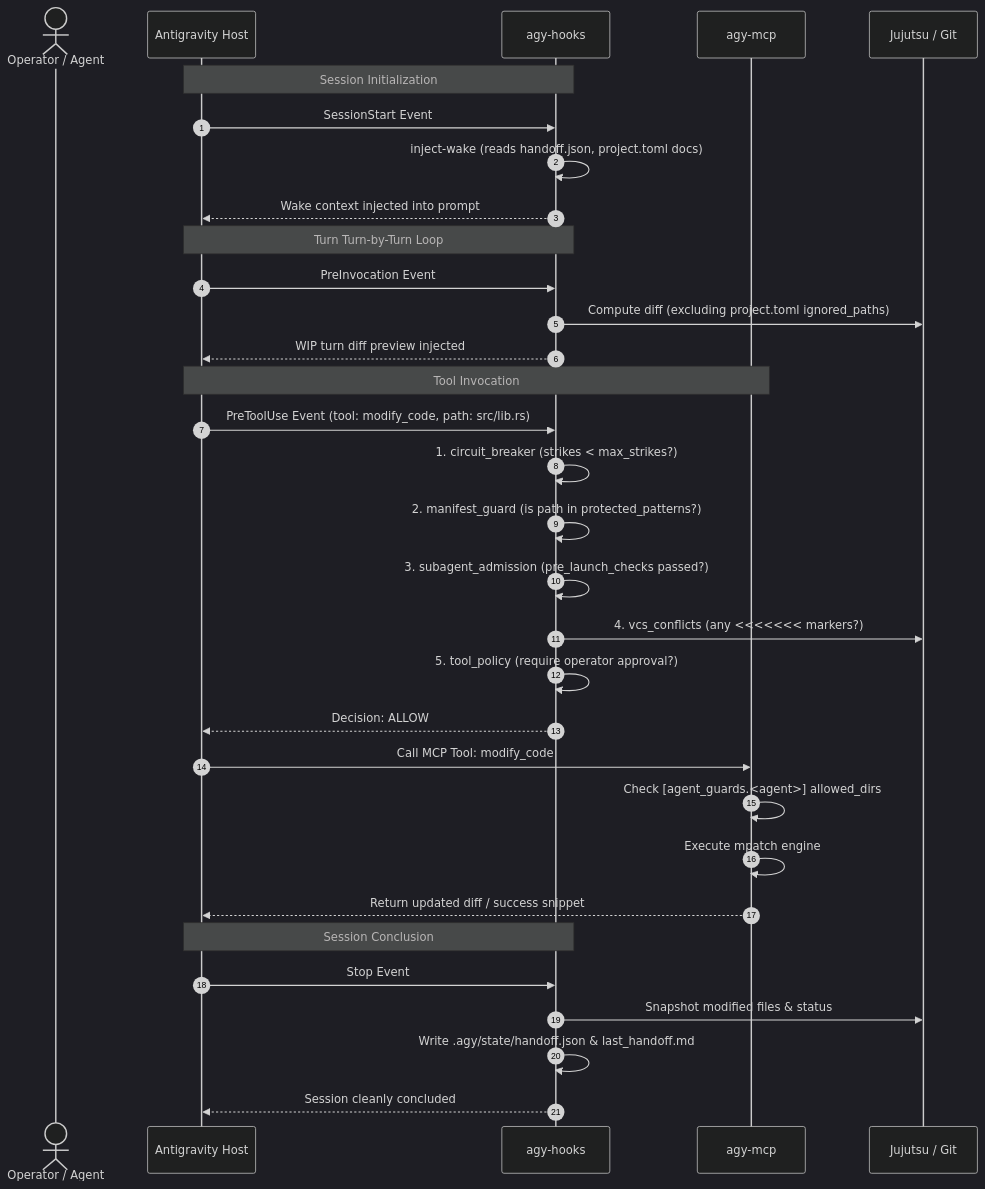
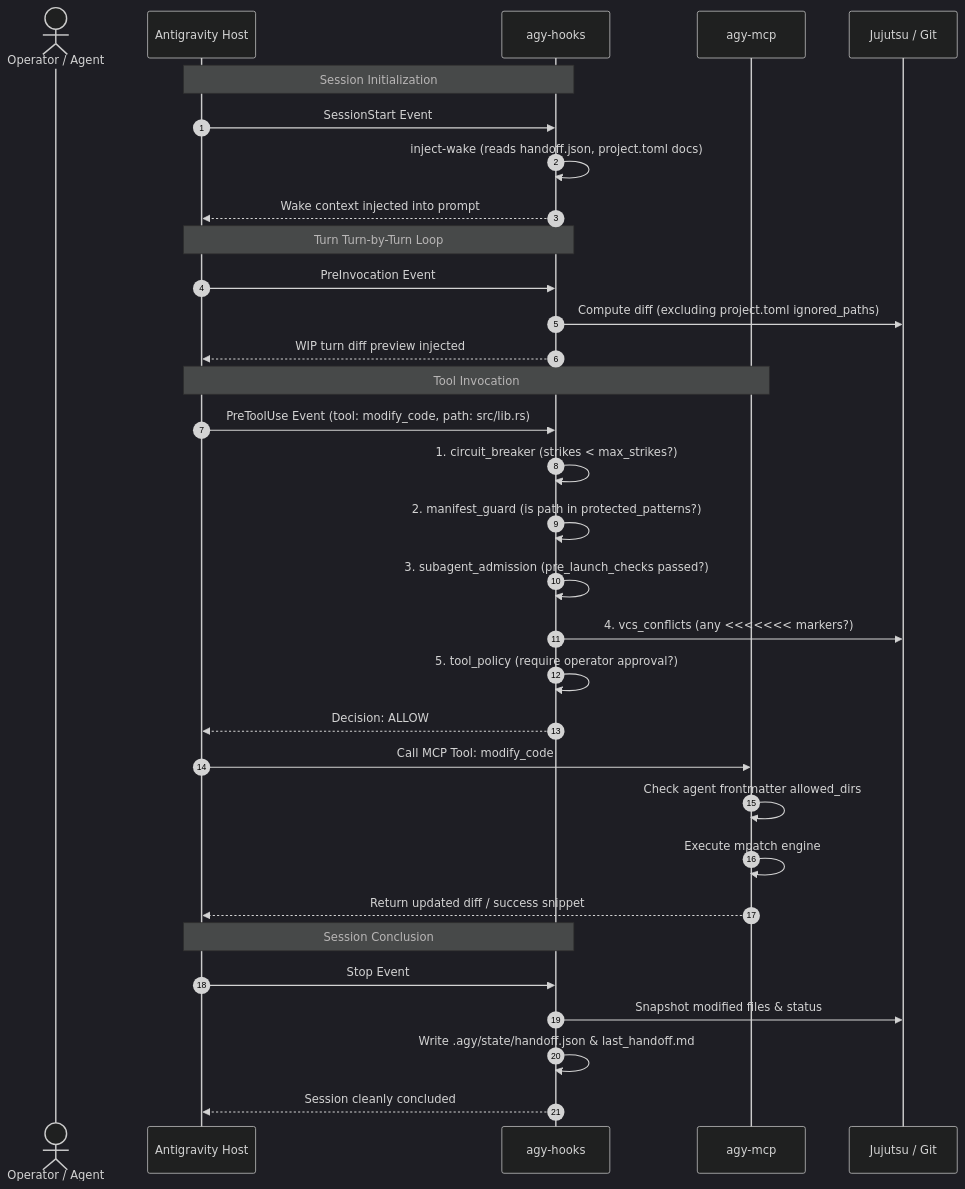
Before and after one commit to JeronimoCapelle/TorqKage: the diagram in plugins/agy-suite/README.md, drawn with Mermaid (dark theme). The commit also changed other lines of this file and 20 other files, not shown here.

Commit message:
refactor: purge hardcoded agent names and remove deprecated [agent_guards]

````diff
--- a/plugins/agy-suite/README.md
+++ b/plugins/agy-suite/README.md
@@ -287,39 +300,39 @@
 ```mermaid
 sequenceDiagram
     autonumber
     actor Dev as Operator / Agent
     participant Host as Antigravity Host
     participant Hooks as agy-hooks
     participant MCP as agy-mcp
     participant VCS as Jujutsu / Git
 
     Note over Host,Hooks: Session Initialization
     Host->>Hooks: SessionStart Event
     Hooks->>Hooks: inject-wake (reads handoff.json, project.toml docs)
     Hooks-->>Host: Wake context injected into prompt
 
     Note over Host,Hooks: Turn Turn-by-Turn Loop
     Host->>Hooks: PreInvocation Event
     Hooks->>VCS: Compute diff (excluding project.toml ignored_paths)
     Hooks-->>Host: WIP turn diff preview injected
 
     Note over Host,MCP: Tool Invocation
     Host->>Hooks: PreToolUse Event (tool: modify_code, path: src/lib.rs)
     Hooks->>Hooks: 1. circuit_breaker (strikes < max_strikes?)
     Hooks->>Hooks: 2. manifest_guard (is path in protected_patterns?)
     Hooks->>Hooks: 3. subagent_admission (pre_launch_checks passed?)
     Hooks->>VCS: 4. vcs_conflicts (any <<<<<<< markers?)
     Hooks->>Hooks: 5. tool_policy (require operator approval?)
     Hooks-->>Host: Decision: ALLOW
 
     Host->>MCP: Call MCP Tool: modify_code
-    MCP->>MCP: Check [agent_guards.<agent>] allowed_dirs
+    MCP->>MCP: Check agent frontmatter allowed_dirs
     MCP->>MCP: Execute mpatch engine
     MCP-->>Host: Return updated diff / success snippet
 
     Note over Host,Hooks: Session Conclusion
     Host->>Hooks: Stop Event
     Hooks->>VCS: Snapshot modified files & status
     Hooks->>Hooks: Write .agy/state/handoff.json & last_handoff.md
     Hooks-->>Host: Session cleanly concluded
 ```
````
